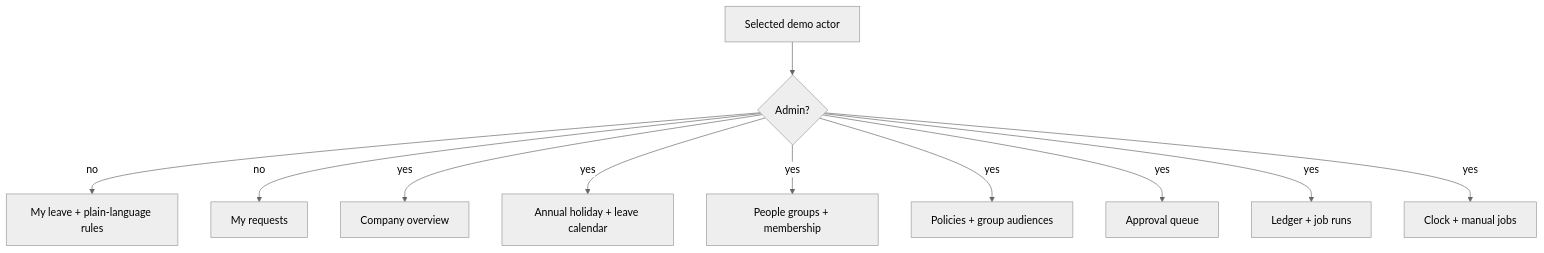
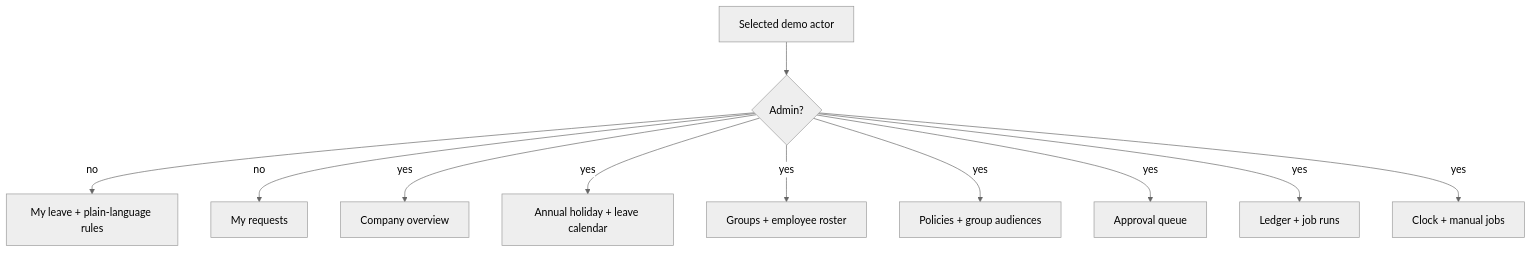
The first of 2 diagrams in frontend/src/DESIGN.md (advaith334/warp-time-off-tracking), drawn with Mermaid (neutral theme) before and after one commit. The commit also changed other lines of this file and 14 other files, not shown here.

````diff
--- a/frontend/src/DESIGN.md
+++ b/frontend/src/DESIGN.md
@@ -7,13 +7,13 @@
 ```mermaid
 flowchart TD
     Actor[Selected demo actor] --> Role{Admin?}
     Role -- no --> Self[My leave + plain-language rules]
     Role -- no --> Requests[My requests]
     Role -- yes --> Overview[Company overview]
     Role -- yes --> Calendar[Annual holiday + leave calendar]
-    Role -- yes --> Groups[People groups + membership]
+    Role -- yes --> Groups[Groups + employee roster]
     Role -- yes --> Policies[Policies + group audiences]
     Role -- yes --> Approvals[Approval queue]
     Role -- yes --> Audit[Ledger + job runs]
     Role -- yes --> Demo[Clock + manual jobs]
 ```
````
